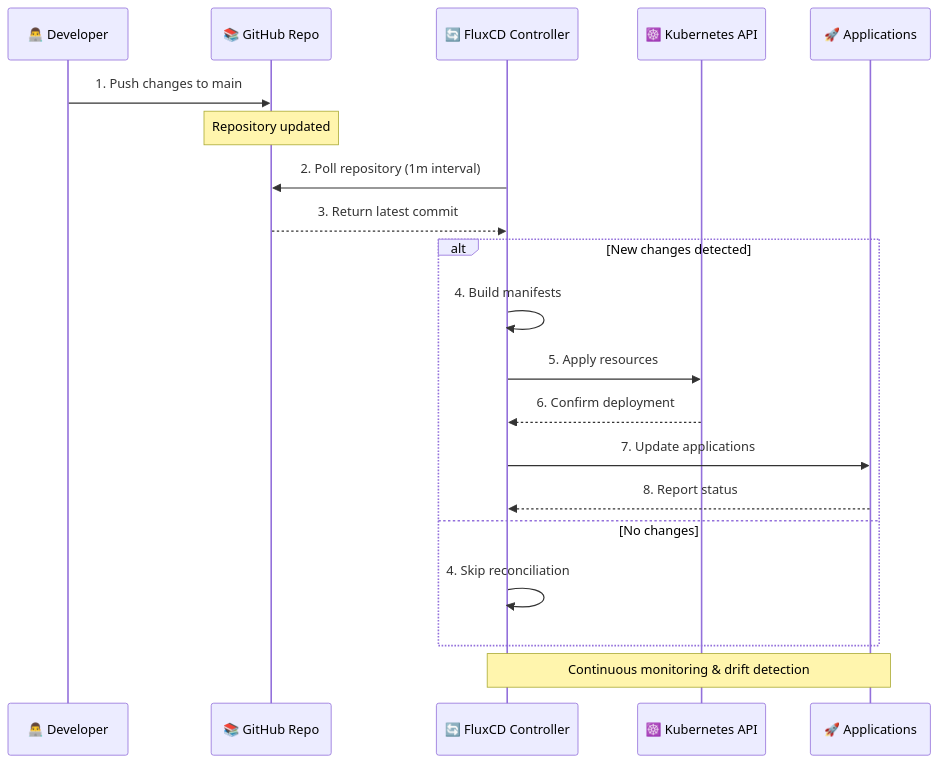
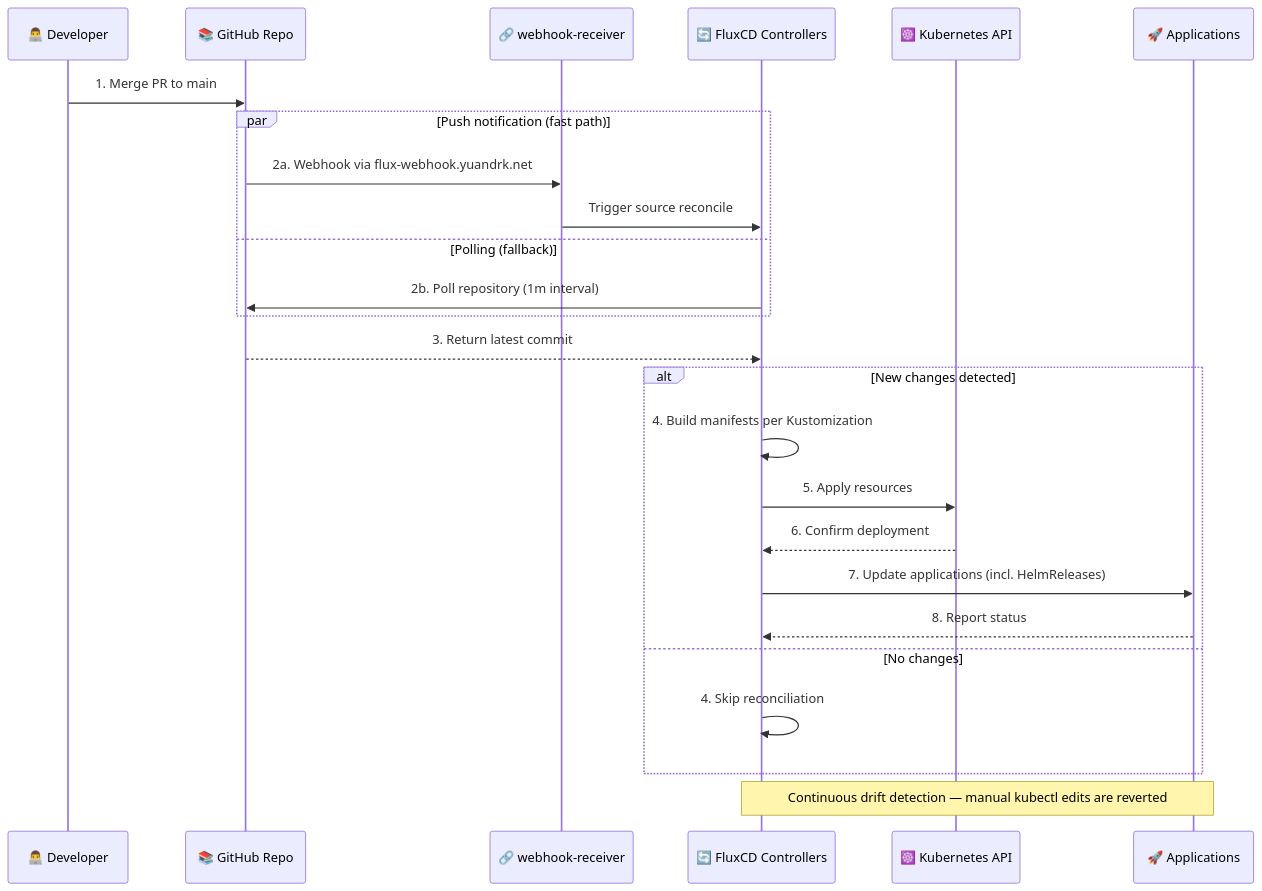
Before and after one commit to yuandrk/homelabops: the fourth of 6 diagrams in docs/architecture-diagrams.md, drawn with Mermaid. The commit also changed other lines of this file, not shown here.

First line of the commit message:
docs: rewrite architecture diagrams to match live cluster state

````diff
--- a/docs/architecture-diagrams.md
+++ b/docs/architecture-diagrams.md
@@ -235,27 +242,32 @@
 ```mermaid
 sequenceDiagram
     participant Dev as 👨‍💻 Developer
     participant GitHub as 📚 GitHub Repo
-    participant FluxCD as 🔄 FluxCD Controller
+    participant Webhook as 🔗 webhook-receiver
+    participant FluxCD as 🔄 FluxCD Controllers
     participant K8s as ☸️ Kubernetes API
     participant Apps as 🚀 Applications
 
-    Dev->>GitHub: 1. Push changes to main
-    Note over GitHub: Repository updated
+    Dev->>GitHub: 1. Merge PR to main
 
-    FluxCD->>GitHub: 2. Poll repository (1m interval)
+    par Push notification (fast path)
+        GitHub->>Webhook: 2a. Webhook via flux-webhook.yuandrk.net
+        Webhook->>FluxCD: Trigger source reconcile
+    and Polling (fallback)
+        FluxCD->>GitHub: 2b. Poll repository (1m interval)
+    end
+
     GitHub-->>FluxCD: 3. Return latest commit
 
     alt New changes detected
-        FluxCD->>FluxCD: 4. Build manifests
+        FluxCD->>FluxCD: 4. Build manifests per Kustomization
         FluxCD->>K8s: 5. Apply resources
         K8s-->>FluxCD: 6. Confirm deployment
-
-        FluxCD->>Apps: 7. Update applications
+        FluxCD->>Apps: 7. Update applications (incl. HelmReleases)
         Apps-->>FluxCD: 8. Report status
     else No changes
         FluxCD->>FluxCD: 4. Skip reconciliation
     end
 
-    Note over FluxCD,Apps: Continuous monitoring & drift detection
+    Note over FluxCD,Apps: Continuous drift detection — manual kubectl edits are reverted
 ```
````
